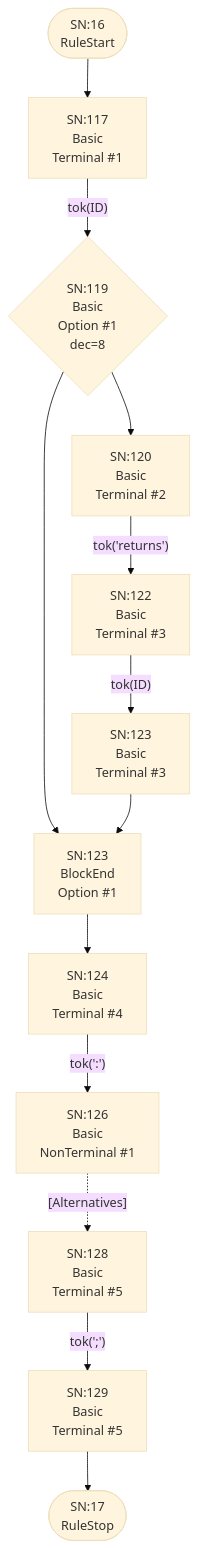
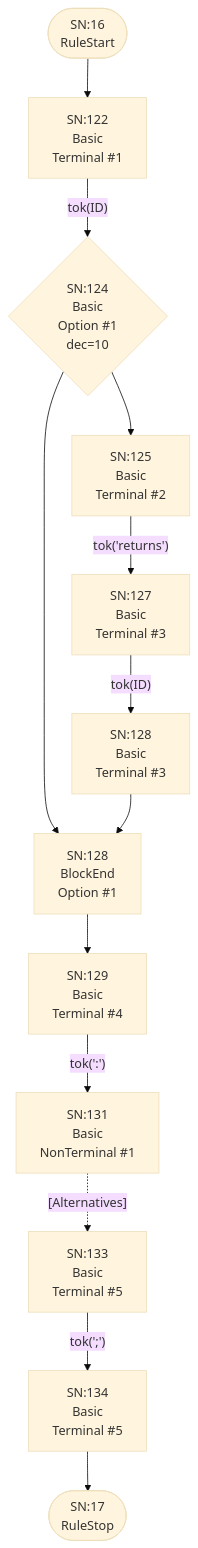
One commit to TypeFox/fastbelt changed the ninth of 25 diagrams in internal/grammar/atn.md. Above: the diagram before and after it, drawn with Mermaid (base theme). The commit also changed other lines of this file and 13 other files, not shown here.

````diff
--- a/internal/grammar/atn.md
+++ b/internal/grammar/atn.md
@@ -230,28 +241,28 @@
 ```mermaid
 flowchart TD
     q16(["SN:16<br/>RuleStart"])
     q17(["SN:17<br/>RuleStop"])
-    q117["SN:117<br/>Basic<br/>Terminal #1"]
-    q118{"SN:119<br/>Basic<br/>Option #1<br/>dec=8"}
-    q119["SN:120<br/>Basic<br/>Terminal #2"]
-    q120["SN:122<br/>Basic<br/>Terminal #3"]
-    q121["SN:123<br/>Basic<br/>Terminal #3"]
-    q122["SN:123<br/>BlockEnd<br/>Option #1"]
-    q123["SN:124<br/>Basic<br/>Terminal #4"]
-    q124["SN:126<br/>Basic<br/>NonTerminal #1"]
-    q125["SN:128<br/>Basic<br/>Terminal #5"]
-    q126["SN:129<br/>Basic<br/>Terminal #5"]
+    q122["SN:122<br/>Basic<br/>Terminal #1"]
+    q123{"SN:124<br/>Basic<br/>Option #1<br/>dec=10"}
+    q124["SN:125<br/>Basic<br/>Terminal #2"]
+    q125["SN:127<br/>Basic<br/>Terminal #3"]
+    q126["SN:128<br/>Basic<br/>Terminal #3"]
+    q127["SN:128<br/>BlockEnd<br/>Option #1"]
+    q128["SN:129<br/>Basic<br/>Terminal #4"]
+    q129["SN:131<br/>Basic<br/>NonTerminal #1"]
+    q130["SN:133<br/>Basic<br/>Terminal #5"]
+    q131["SN:134<br/>Basic<br/>Terminal #5"]
 
-    q16 --> q117
-    q117 -->|"tok(ID)"| q118
-    q118 --> q119
-    q118 --> q122
-    q119 -->|"tok('returns')"| q120
-    q120 -->|"tok(ID)"| q121
-    q121 --> q122
-    q122 --> q123
-    q123 -->|"tok(':')"| q124
-    q124 -.->|"[Alternatives]"| q125
-    q125 -->|"tok(';')"| q126
-    q126 --> q17
+    q16 --> q122
+    q122 -->|"tok(ID)"| q123
+    q123 --> q124
+    q123 --> q127
+    q124 -->|"tok('returns')"| q125
+    q125 -->|"tok(ID)"| q126
+    q126 --> q127
+    q127 --> q128
+    q128 -->|"tok(':')"| q129
+    q129 -.->|"[Alternatives]"| q130
+    q130 -->|"tok(';')"| q131
+    q131 --> q17
 ```
````
